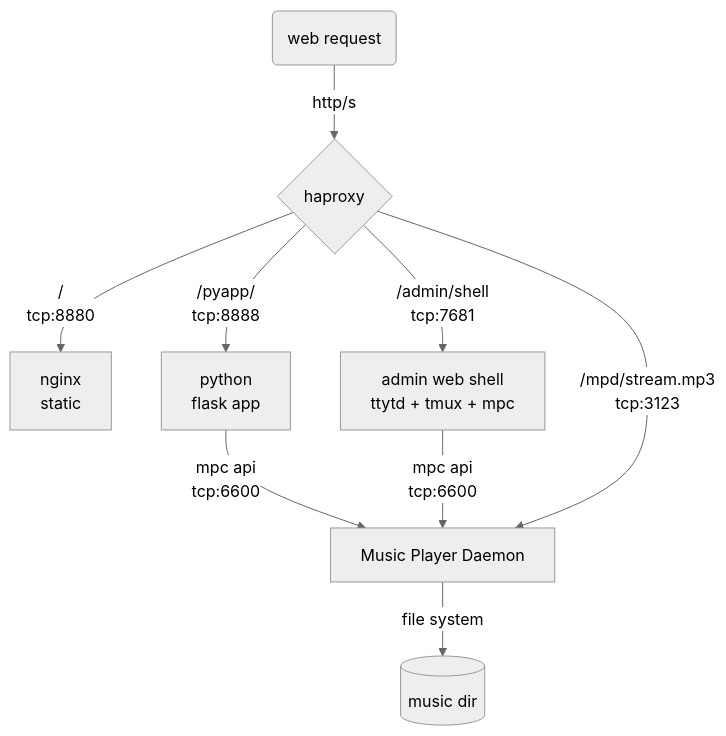
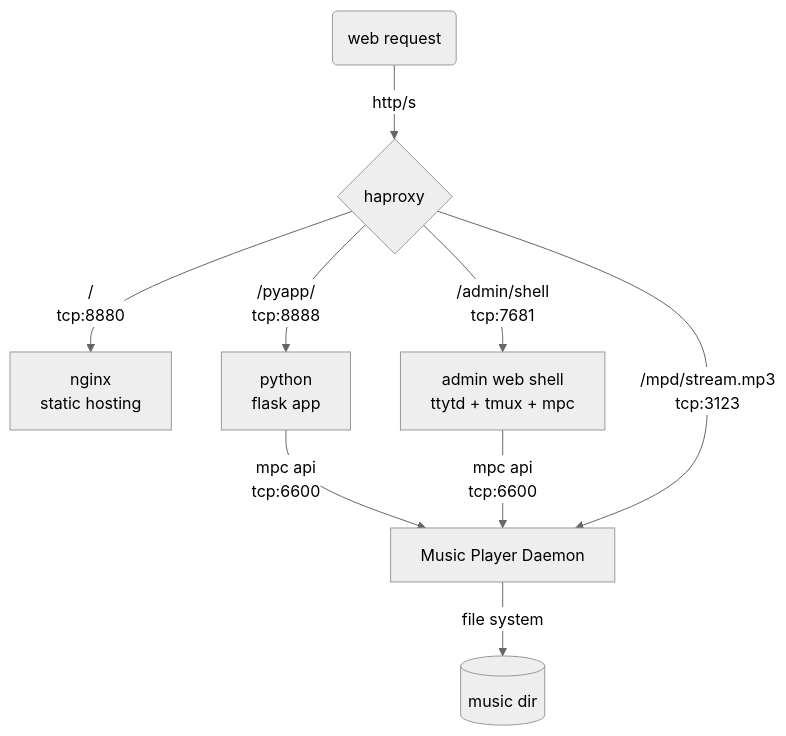
One commit to craig-m/mpcontainer changed the diagram in mpcontainer.mermaid. Above: the diagram before and after it, drawn with Mermaid (neutral theme). The commit also changed 1 other file, not shown here.

```diff
--- a/mpcontainer.mermaid
+++ b/mpcontainer.mermaid
@@ -1,9 +1,9 @@
 graph TD
     A(web request) -->|http/s| C{haproxy}
-    C -->|/<br>tcp:8880| D[nginx<br>static]
+    C -->|/<br>tcp:8880| D[nginx<br>static hosting]
     C -->|/pyapp/<br>tcp:8888| E[python<br>flask app]
     E -->|mpc api<br>tcp:6600| G
     C -->|/admin/shell<br>tcp:7681| F[admin web shell<br>ttytd + tmux + mpc]
     F -->|mpc api<br>tcp:6600| G
     C -->|/mpd/stream.mp3<br>tcp:3123| G[Music Player Daemon]
     G -->|file system|J[(music dir)]
```
